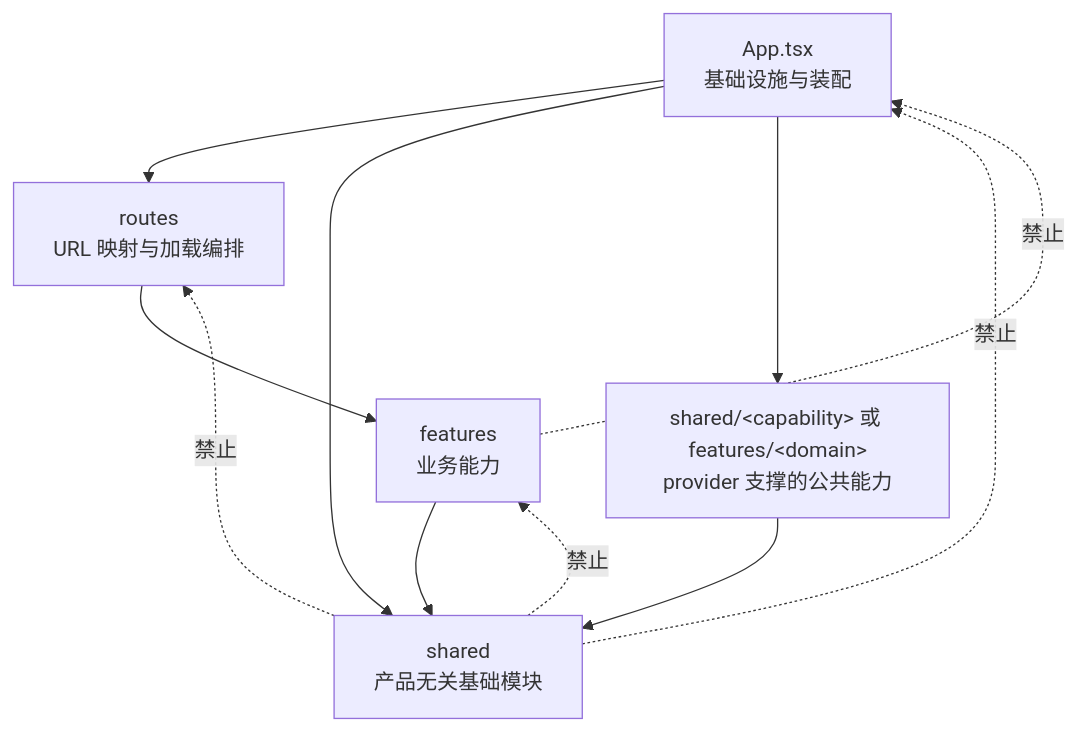
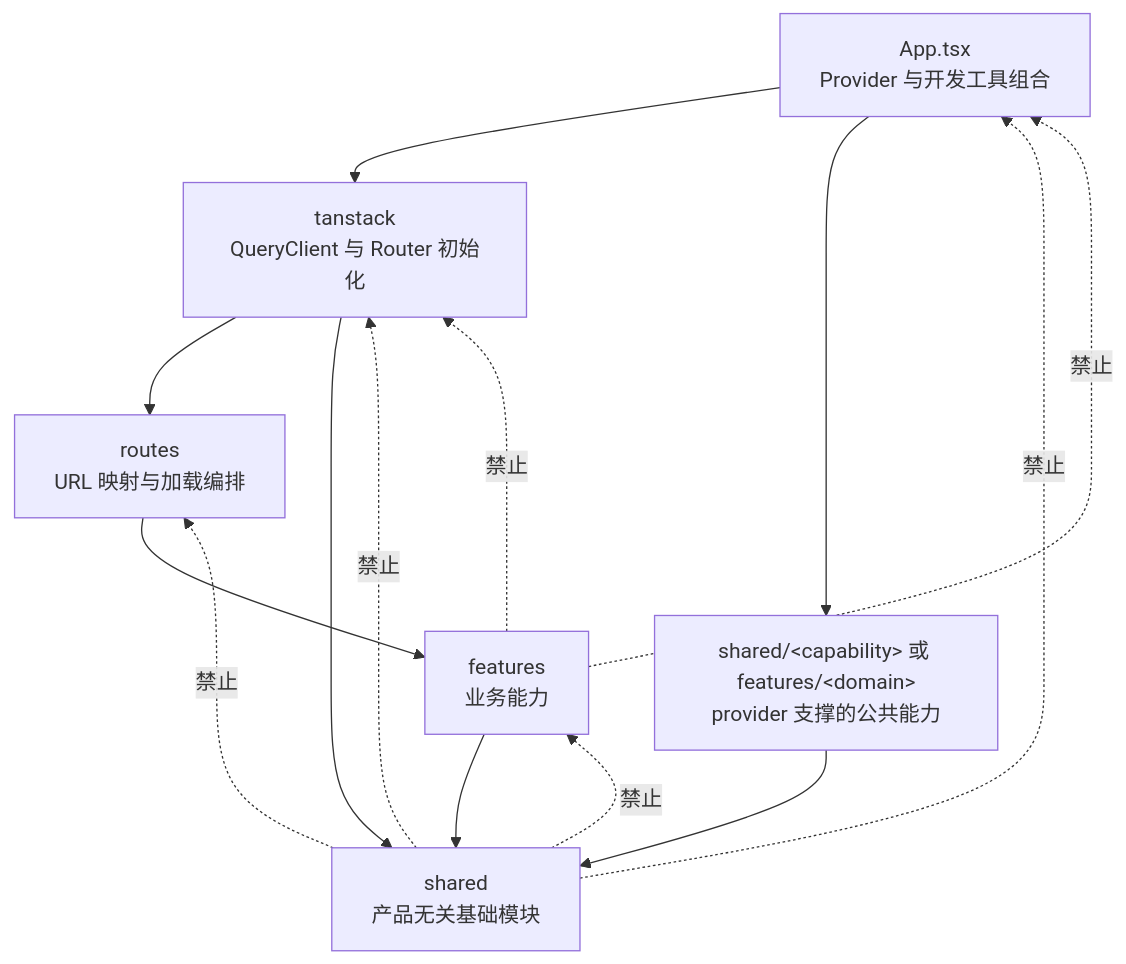
Before and after one commit to RingoTangs/react-app: the diagram in README.md, drawn with Mermaid. The commit also changed other lines of this file and 5 other files, not shown here.

Commit message:
refactor: reorganize application structure by introducing tanstack directory for QueryClient and Router management

````diff
--- a/README.md
+++ b/README.md
@@ -146,20 +150,24 @@
 ```mermaid
 flowchart TD
-  App["App.tsx<br/>基础设施与装配"]
+  App["App.tsx<br/>Provider 与开发工具组合"]
+  TanStack["tanstack<br/>QueryClient 与 Router 初始化"]
   Routes["routes<br/>URL 映射与加载编排"]
   Features["features<br/>业务能力"]
   Shared["shared<br/>产品无关基础模块"]
   ProviderCapability["shared/&lt;capability&gt; 或 features/&lt;domain&gt;<br/>provider 支撑的公共能力"]
 
-  App --> Routes
-  App --> Shared
+  App --> TanStack
+  TanStack --> Routes
+  TanStack --> Shared
   App --> ProviderCapability
   Routes --> Features
   Features --> Shared
   ProviderCapability --> Shared
 
   Shared -. 禁止 .-> App
   Shared -. 禁止 .-> Routes
   Shared -. 禁止 .-> Features
   Features -. 禁止 .-> App
+  Features -. 禁止 .-> TanStack
+  Shared -. 禁止 .-> TanStack
 ```
````
